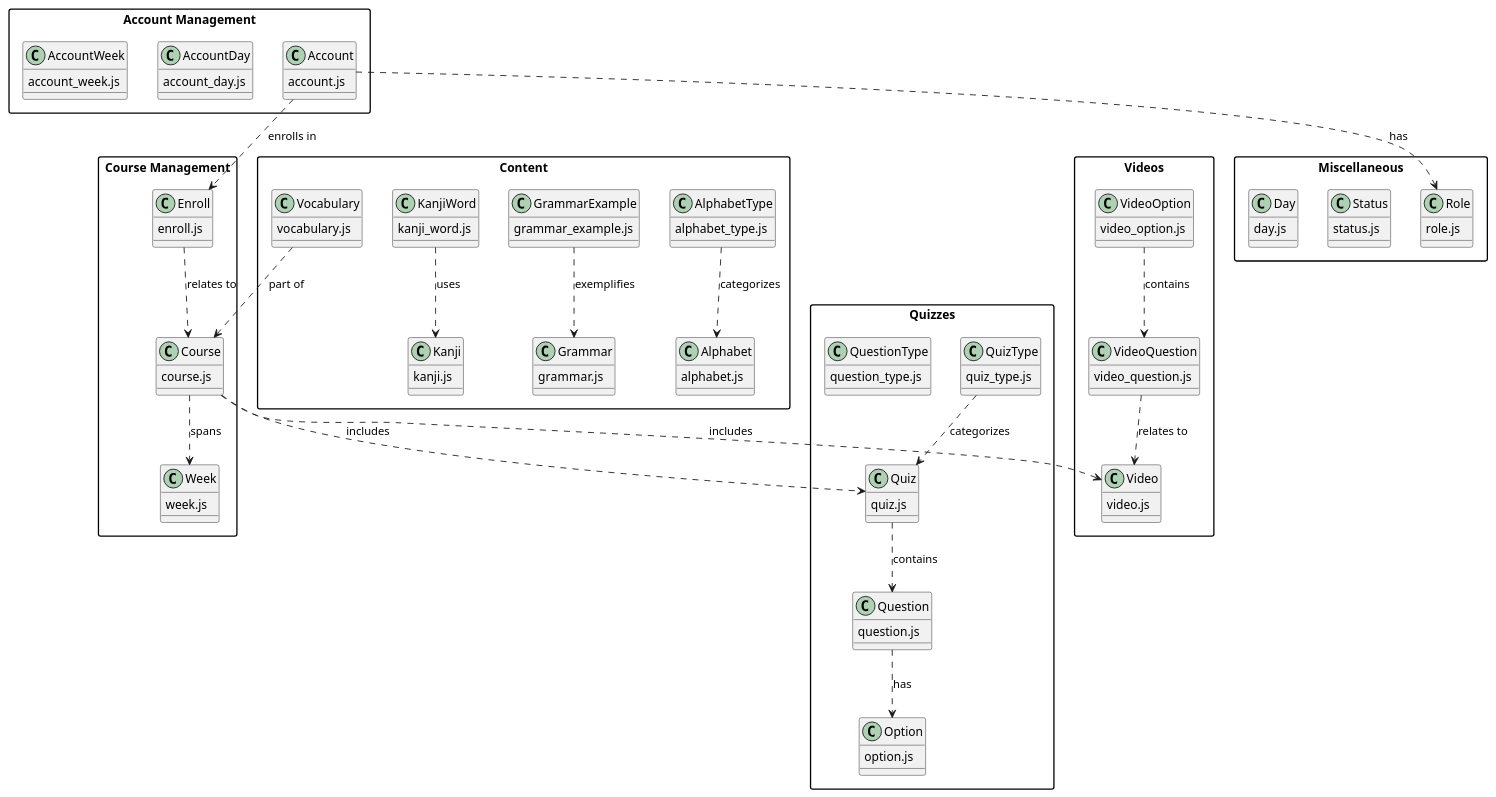
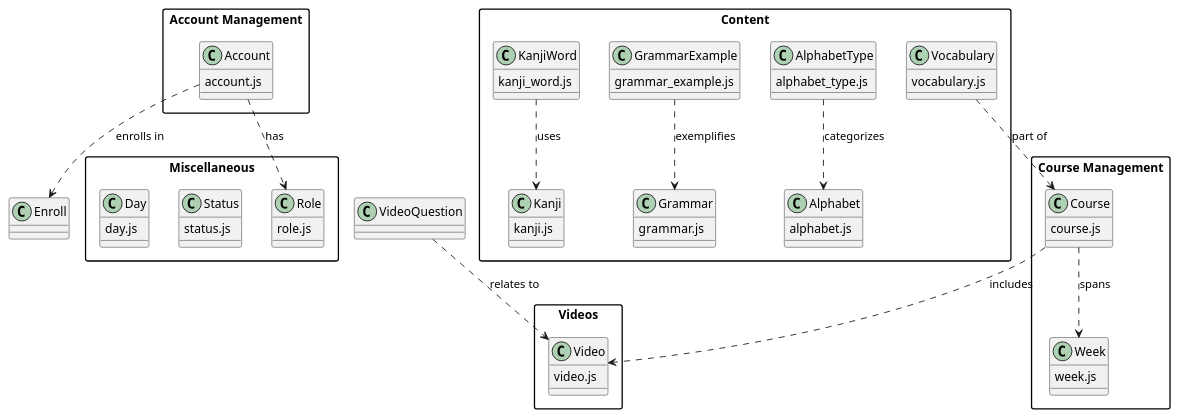
Before and after one commit to HuyDo20/G43_Capstone_Project: the diagram in backend/package_diagram.puml, drawn with PlantUML.

```diff
--- a/backend/package_diagram.puml
+++ b/backend/package_diagram.puml
@@ -1,114 +1,76 @@
 @startuml
 skinparam packageStyle rectangle
 
 package "Account Management" {
   class Account {
     account.js
   }
-  class AccountDay {
-    account_day.js
-  }
-  class AccountWeek {
-    account_week.js
-  }
 }
 
 package "Course Management" {
   class Course {
     course.js
-  }
-  class Enroll {
-    enroll.js
   }
   class Week {
     week.js
   }
 }
 
 package "Content" {
   class Alphabet {
     alphabet.js
   }
   class AlphabetType {
     alphabet_type.js
   }
   class Grammar {
     grammar.js
   }
   class GrammarExample {
     grammar_example.js
   }
   class Kanji {
     kanji.js
   }
   class KanjiWord {
     kanji_word.js
   }
   class Vocabulary {
     vocabulary.js
   }
 }
 
-package "Quizzes" {
-  class Quiz {
-    quiz.js
-  }
-  class QuizType {
-    quiz_type.js
-  }
-  class Question {
-    question.js
-  }
-  class QuestionType {
-    question_type.js
-  }
-  class Option {
-    option.js
-  }
-}
 
 package "Videos" {
   class Video {
     video.js
-  }
-  class VideoQuestion {
-    video_question.js
-  }
-  class VideoOption {
-    video_option.js
   }
 }
 
 package "Miscellaneous" {
   class Role {
     role.js
   }
   class Status {
     status.js
   }
   class Day {
     day.js
   }
 }
 
 ' Relationships between packages
 Account ..> Role : has
 Account ..> Enroll : enrolls in
-Enroll ..> Course : relates to
 Course ..> Week : spans
 
 AlphabetType ..> Alphabet : categorizes
 GrammarExample ..> Grammar : exemplifies
 KanjiWord ..> Kanji : uses
 Vocabulary ..> Course : part of
 
-Quiz ..> Question : contains
-Question ..> Option : has
-QuizType ..> Quiz : categorizes
 
 VideoQuestion ..> Video : relates to
-VideoOption ..> VideoQuestion : contains
 
-Course ..> Quiz : includes
 Course ..> Video : includes
 @enduml
```
